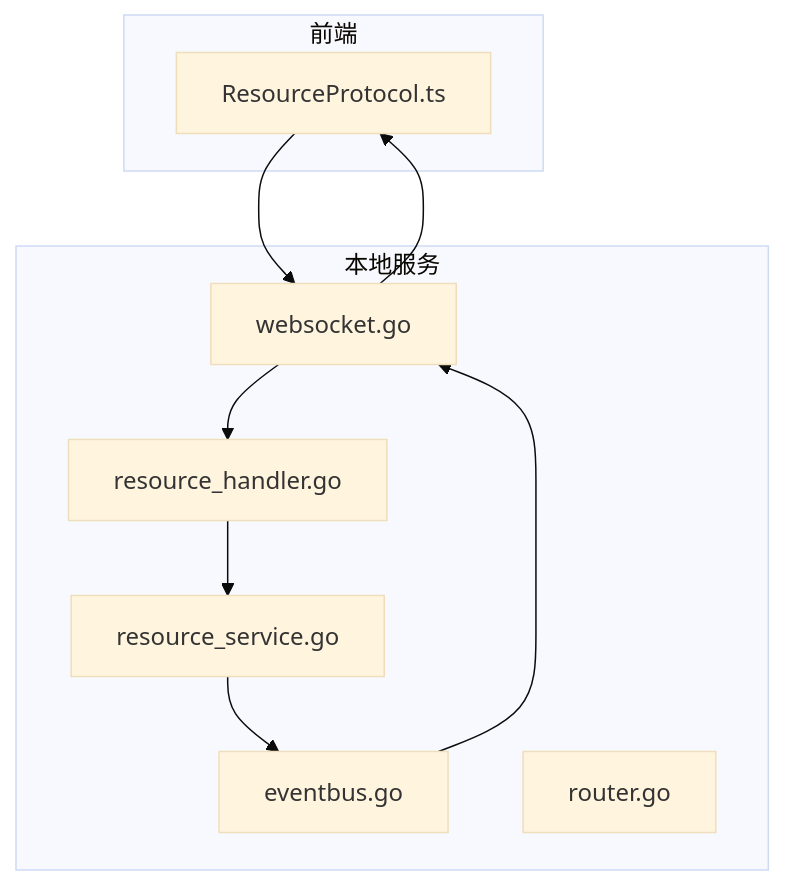
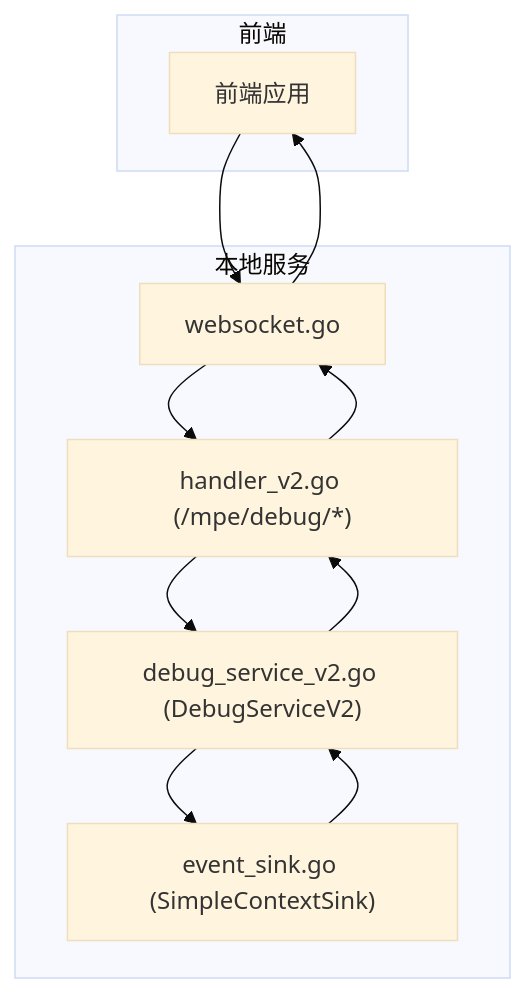
Before and after one commit to kqcoxn/MaaPipelineEditor: the first of 3 diagrams in .qoder/repowiki/zh/content/开发者指南/LocalBridge 通信协议.md, drawn with Mermaid (base theme). The commit also changed other lines of this file and 10 other files, not shown here.

````diff
--- a/.qoder/repowiki/zh/content/开发者指南/LocalBridge 通信协议.md
+++ b/.qoder/repowiki/zh/content/开发者指南/LocalBridge 通信协议.md
@@ -58,19 +43,20 @@
 ```mermaid
 graph TB
 subgraph "前端"
-RP["ResourceProtocol.ts"]
+FE["前端应用"]
 end
 subgraph "本地服务"
-RS["resource_service.go"]
-RH["resource_handler.go"]
-EB["eventbus.go"]
 WS["websocket.go"]
-RT["router.go"]
+RH["handler_v2.go (/mpe/debug/*)"]
+DS["debug_service_v2.go (DebugServiceV2)"]
+SK["event_sink.go (SimpleContextSink)"]
 end
-RP --> WS
+FE --> WS
 WS --> RH
-RH --> RS
-RS --> EB
-EB --> WS
-WS --> RP
+RH --> DS
+DS --> SK
+SK --> DS
+DS --> RH
+RH --> WS
+WS --> FE
 ```
````
